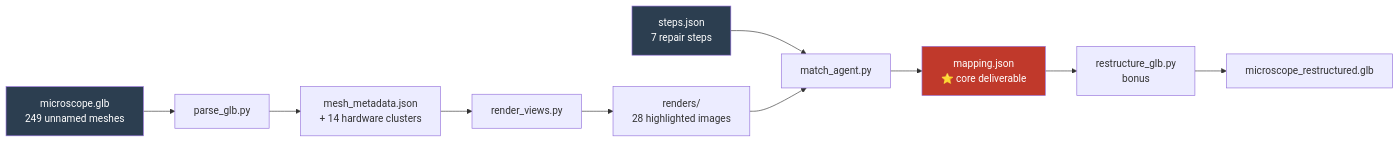
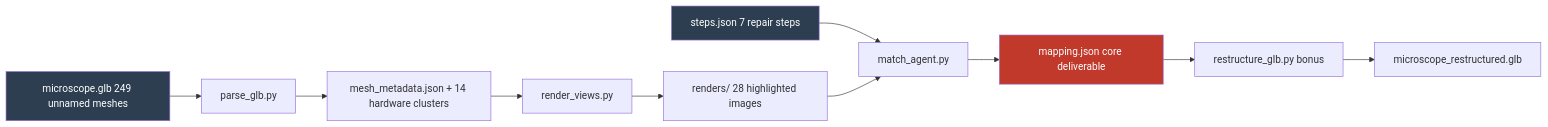
The diagram in README.md (JitinSaxenaa/service-to-3d-mapping), drawn with Mermaid before and after one commit. The commit also changed other lines of this file, not shown here.

````diff
--- a/README.md
+++ b/README.md
@@ -46,16 +52,16 @@
 ```mermaid
 flowchart LR
-    A[steps.json<br/>7 repair steps] --> D[match_agent.py]
-    B[microscope.glb<br/>249 unnamed meshes] --> C[parse_glb.py]
-    C --> E[mesh_metadata.json<br/>+ 14 hardware clusters]
+    A[steps.json 7 repair steps] --> D[match_agent.py]
+    B[microscope.glb 249 unnamed meshes] --> C[parse_glb.py]
+    C --> E[mesh_metadata.json + 14 hardware clusters]
     E --> F[render_views.py]
-    F --> G[renders/<br/>28 highlighted images]
+    F --> G[renders/ 28 highlighted images]
     G --> D
-    D --> H[mapping.json<br/>⭐ core deliverable]
-    H --> I[restructure_glb.py<br/>bonus]
+    D --> H[mapping.json core deliverable]
+    H --> I[restructure_glb.py bonus]
     I --> J[microscope_restructured.glb]
 
     style H fill:#c0392b,color:#fff
     style B fill:#2c3e50,color:#fff
     style A fill:#2c3e50,color:#fff
 ```
````
